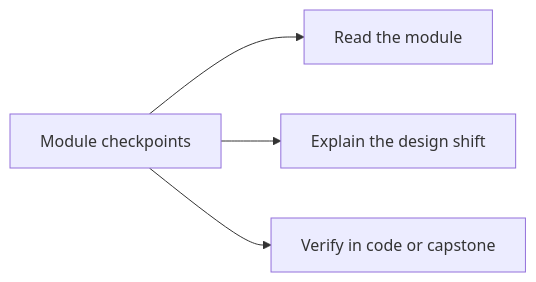
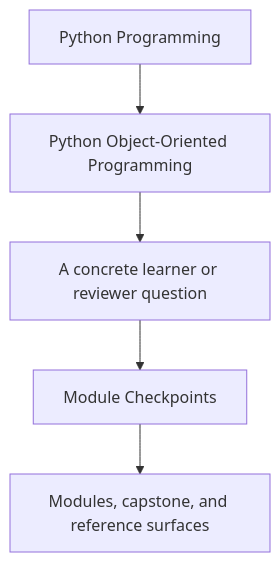
Before and after one commit to bijux/bijux-masterclass: the first of 2 diagrams in programs/python-programming/python-object-oriented-programming/course-book/guides/module-checkpoints.md, drawn with Mermaid. The commit also changed other lines of this file and 23 other files, not shown here.

Commit message:
docs(python-object-oriented-programming): sharpen guide and reference diagrams

````diff
--- a/programs/python-programming/python-object-oriented-programming/course-book/guides/module-checkpoints.md
+++ b/programs/python-programming/python-object-oriented-programming/course-book/guides/module-checkpoints.md
@@ -7,11 +7,7 @@
 ```mermaid
-graph LR
-  checkpoints["Module checkpoints"]
-  read["Read the module"]
-  explain["Explain the design shift"]
-  prove["Verify in code or capstone"]
-
-  checkpoints --> read
-  checkpoints --> explain
-  checkpoints --> prove
+flowchart TD
+  family["Python Programming"] --> program["Python Object-Oriented Programming"]
+  program --> pressure["A concrete learner or reviewer question"]
+  pressure --> guide["Module Checkpoints"]
+  guide --> next["Modules, capstone, and reference surfaces"]
 ```
````
